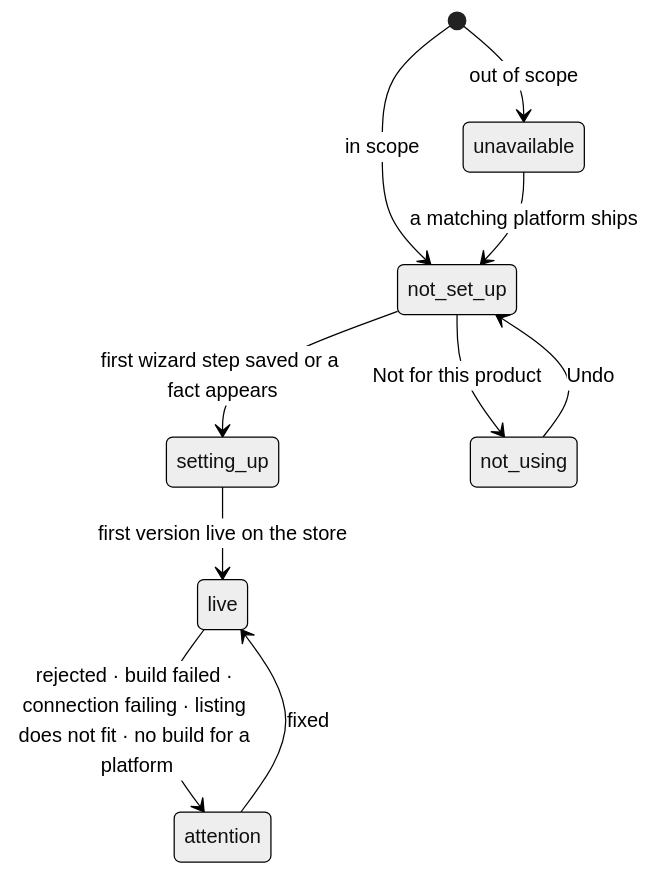
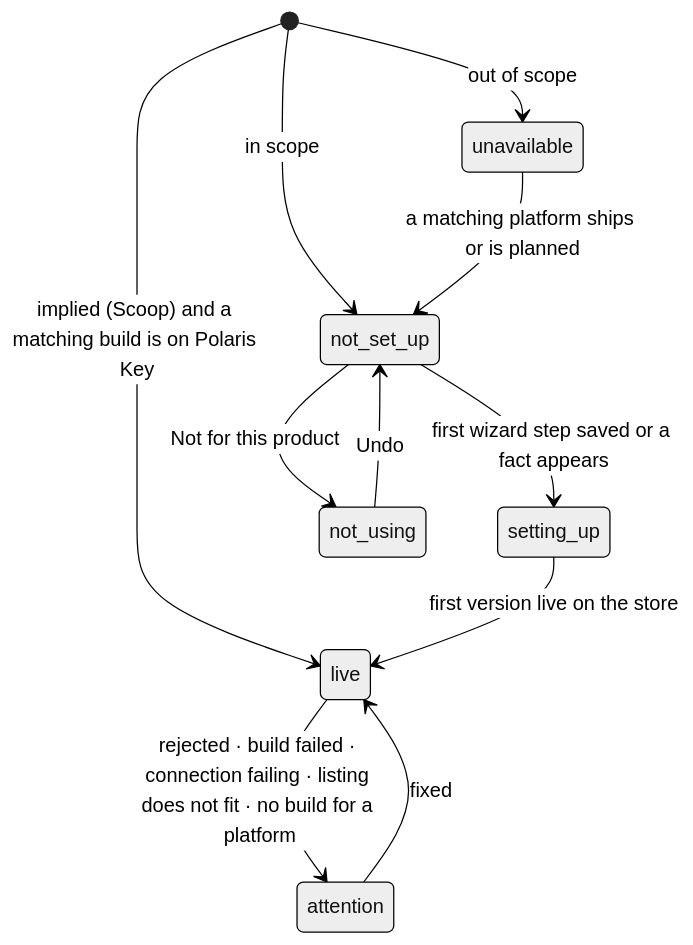
The second of 3 diagrams in docs/design/SETUP.md (vladzaharia/polaris-key), drawn with Mermaid (neutral theme) before and after one commit. The commit also changed other lines of this file and 42 other files, not shown here.

````diff
--- a/docs/design/SETUP.md
+++ b/docs/design/SETUP.md
@@ -556,12 +619,13 @@
 ```mermaid
 stateDiagram-v2
   [*] --> unavailable: out of scope
   [*] --> not_set_up: in scope
-  unavailable --> not_set_up: a matching platform ships
+  unavailable --> not_set_up: a matching platform ships or is planned
+  [*] --> live: implied (Scoop) and a matching build is on Polaris Key
   not_set_up --> setting_up: first wizard step saved or a fact appears
   setting_up --> live: first version live on the store
   live --> attention: rejected · build failed · connection failing · listing does not fit · no build for a platform
   attention --> live: fixed
   not_set_up --> not_using: Not for this product
   not_using --> not_set_up: Undo
 ```
````
